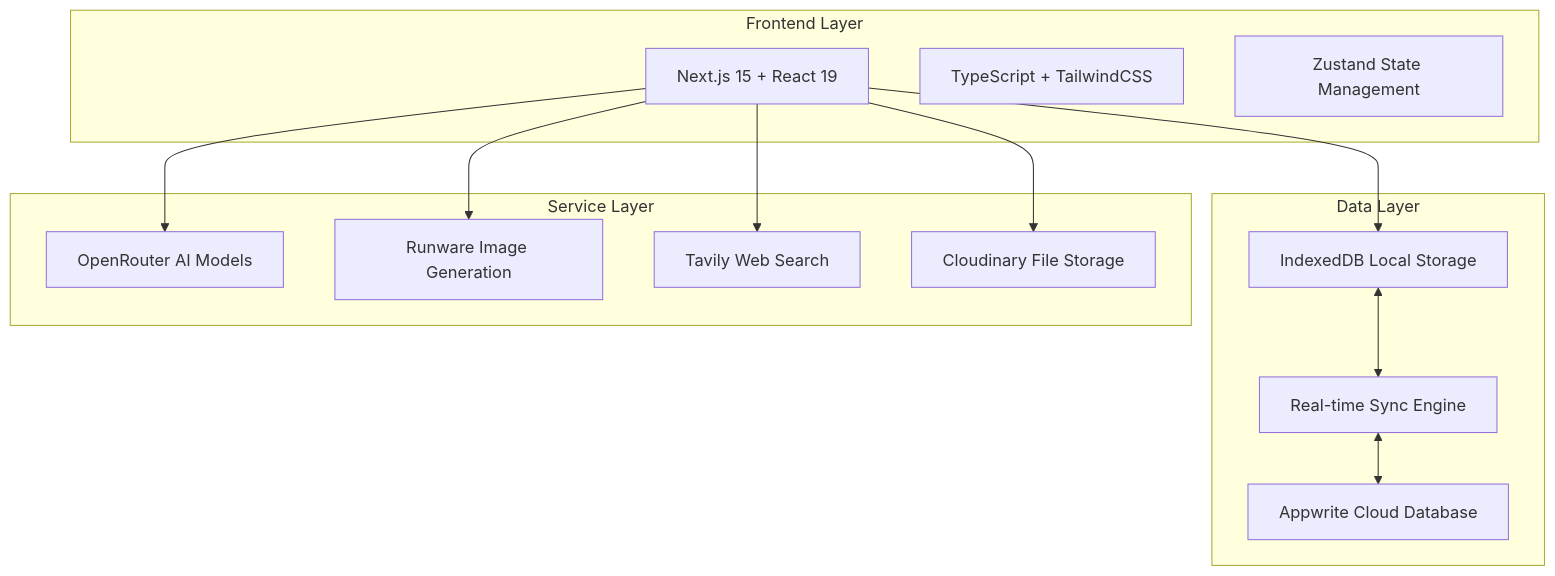
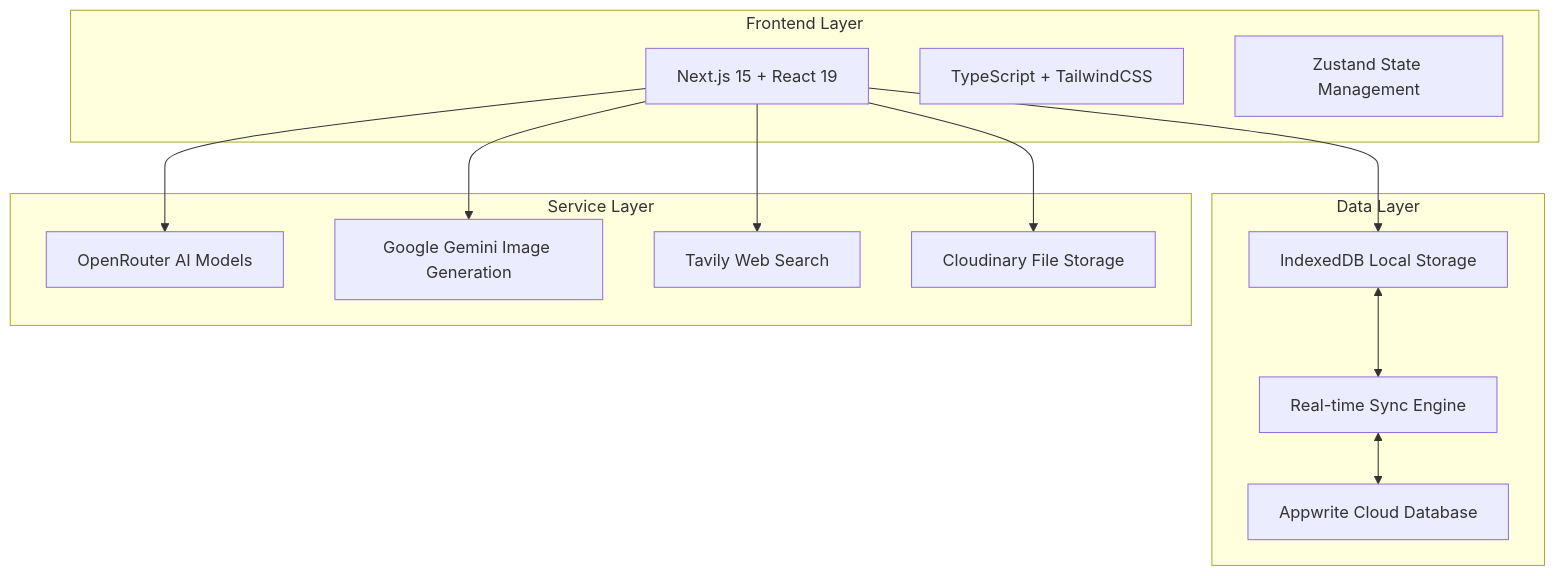
The second of 3 diagrams in README.md (CyberBoyAyush/CappyChat), drawn with Mermaid before and after one commit. The commit also changed other lines of this file and 4 other files, not shown here.

````diff
--- a/README.md
+++ b/README.md
@@ -279,29 +296,29 @@
 ```mermaid
 graph TB
     subgraph "Frontend Layer"
         A[Next.js 15 + React 19]
         B[TypeScript + TailwindCSS]
         C[Zustand State Management]
     end
 
     subgraph "Data Layer"
         D[IndexedDB Local Storage]
         E[Appwrite Cloud Database]
         F[Real-time Sync Engine]
     end
 
     subgraph "Service Layer"
         G[OpenRouter AI Models]
-        H[Runware Image Generation]
+        H[Google Gemini Image Generation]
         I[Tavily Web Search]
         J[Cloudinary File Storage]
     end
 
     A --> D
     D <--> F
     F <--> E
     A --> G
     A --> H
     A --> I
     A --> J
 ```
````
